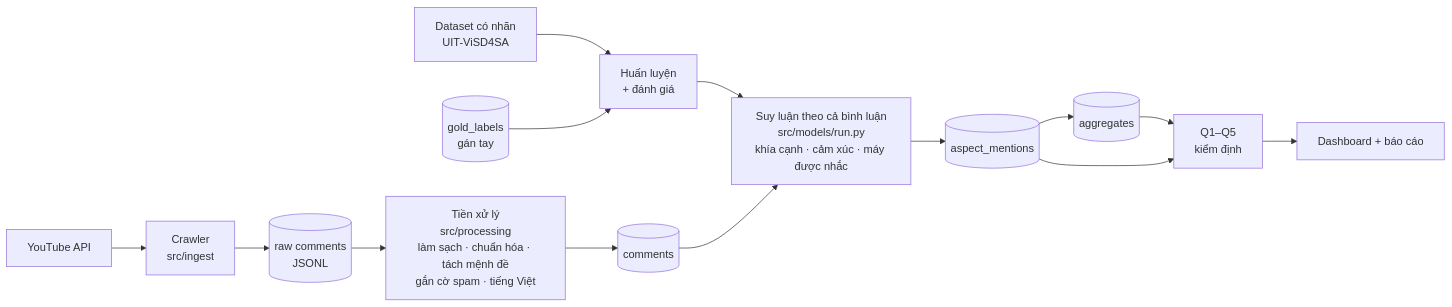
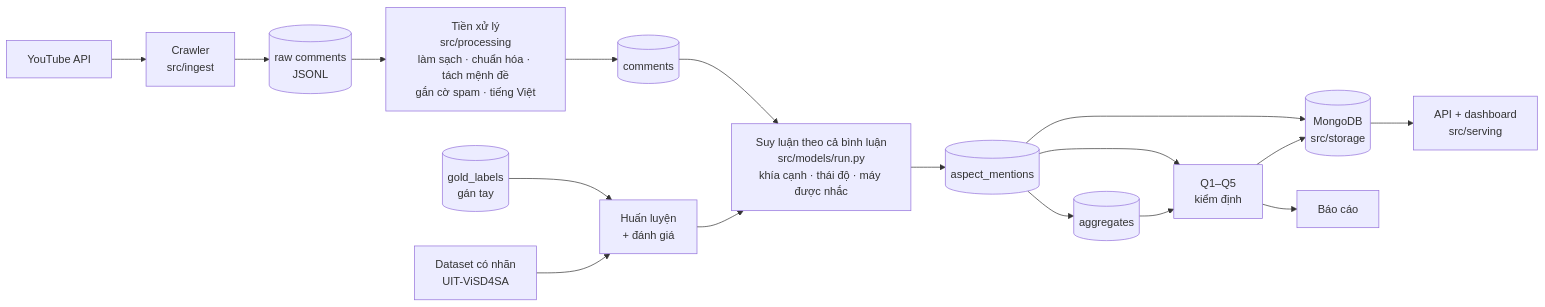
The diagram in README.md (supernewbiecoder/He_thong_phan_tan_phan_tich_luong_binh_luan_sau_ra_mat_dien_thoai_tai_Viet_Nam), drawn with Mermaid before and after one commit. The commit also changed other lines of this file and 85 other files, not shown here.

````diff
--- a/README.md
+++ b/README.md
@@ -37,16 +37,19 @@
 ```mermaid
 flowchart LR
     YT[YouTube API] --> C[Crawler<br>src/ingest]
     C --> RAW[(raw comments<br>JSONL)]
     RAW --> PRE[Tiền xử lý<br>src/processing<br>làm sạch · chuẩn hóa · tách mệnh đề<br>gắn cờ spam · tiếng Việt]
     PRE --> CM[(comments)]
     EXT[Dataset có nhãn<br>UIT-ViSD4SA] --> TRAIN
     GOLD[(gold_labels<br>gán tay)] --> TRAIN[Huấn luyện<br>+ đánh giá]
-    TRAIN --> M[Suy luận theo cả bình luận<br>src/models/run.py<br>khía cạnh · cảm xúc · máy được nhắc]
+    TRAIN --> M[Suy luận theo cả bình luận<br>src/models/run.py<br>khía cạnh · thái độ · máy được nhắc]
     CM --> M
     M --> AM[(aspect_mentions)]
     AM --> AG[(aggregates)]
     AG --> Q[Q1–Q5<br>kiểm định]
     AM --> Q
-    Q --> D[Dashboard + báo cáo]
+    Q --> DB[(MongoDB<br>src/storage)]
+    AM --> DB
+    DB --> D[API + dashboard<br>src/serving]
+    Q --> R[Báo cáo]
 ```
````
